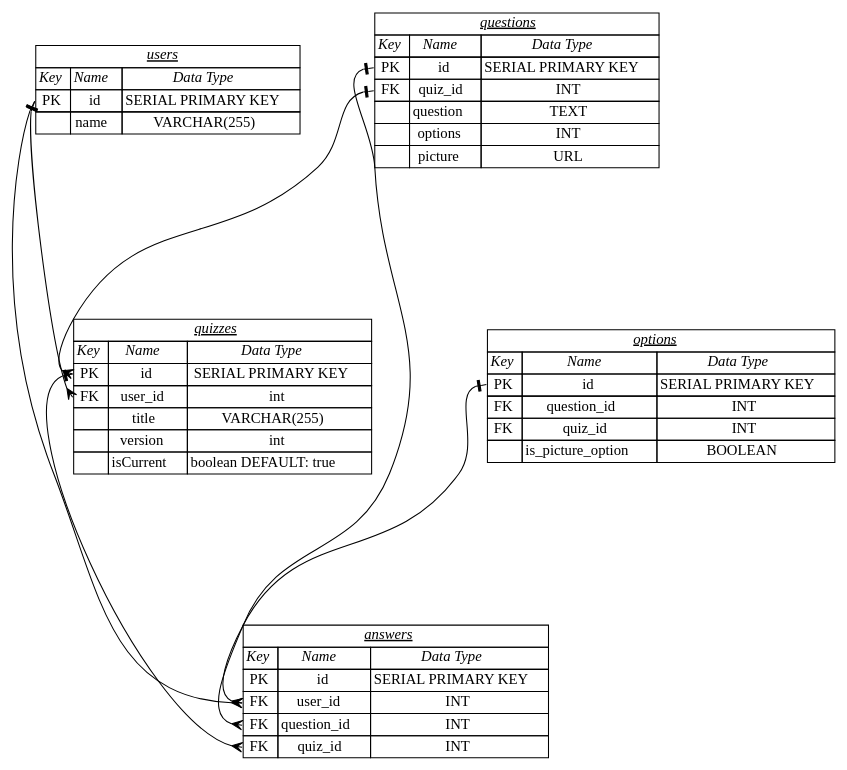
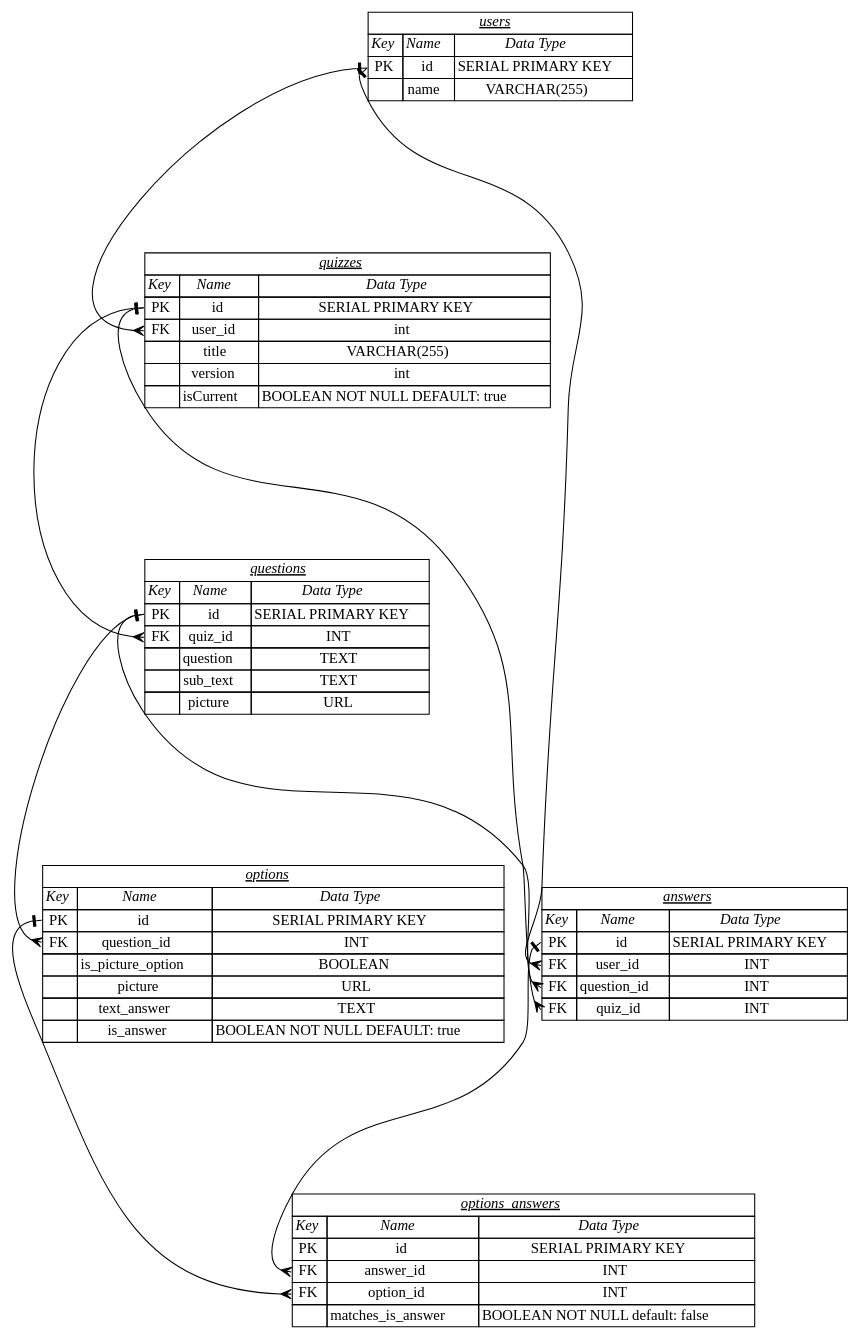
One commit to brycemcl/LHL-midterm-quiz-app changed the diagram in Design/API/ERD.gv. Above: the diagram before and after it, drawn with Graphviz.

Commit message:
Tables and general flow completed

```diff
--- a/Design/API/ERD.gv
+++ b/Design/API/ERD.gv
@@ -1,79 +1,93 @@
 digraph {
     graph [nodesep="0.5", ranksep="2"];
     node [shape=plain]
-// answers [label=<
-// <table border="0" cellborder="1" cellspacing="0">
-//   <tr><td colspan="3"><u><i>tests</i></u></td></tr>
-//   <tr><td><i>Key</i></td><td><i>Name</i></td><td><i>Data Type</i></td></tr>
-//   <tr><td port="id">PK</td><td port="id">id</td><td port="id">SERIAL PRIMARY KEY</td></tr>
-//   <tr><td port="users_id">FK</td><td port="users_id">users_id</td><td port="users_id">SERIAL PRIMARY KEY</td></tr>
-// </table>
-// >];
+
 users [label=<
 <table border="0" cellborder="1" cellspacing="0">
   <tr><td colspan="3"><u><i>users</i></u></td></tr>
   <tr><td><i>Key</i></td><td><i>Name</i></td><td><i>Data Type</i></td></tr>
   <tr><td port="id">PK</td><td port="id">id</td><td port="id">SERIAL PRIMARY KEY</td></tr>
   <tr><td port="name"></td><td port="name">name</td><td port="name">VARCHAR(255)</td></tr>
 </table>
 >];
 
+//one user may have many quizzes taken/maken
+users:id->quizzes:user_id [arrowtail=nonetee arrowhead=crow dir=both]
+quizzes [label=<
+<table border="0" cellborder="1" cellspacing="0">
+  <tr><td colspan="3"><u><i>quizzes</i></u></td></tr>
+  <tr><td><i>Key</i></td><td><i>Name</i></td><td><i>Data Type</i></td></tr>
+  <tr><td port="id">PK</td><td port="id">id</td><td port="id">SERIAL PRIMARY KEY</td></tr>
+  <tr><td port="user_id">FK</td><td port="user_id">user_id</td><td port="user_id">int</td></tr>
+  <tr><td port="title"></td><td port="title">title</td><td port="title">VARCHAR(255)</td></tr>
+  <tr><td port="version"></td><td port="version">version</td><td port="version">int</td></tr>
+  <tr><td port="isCurrent"></td><td port="isCurrent">isCurrent</td><td port="isCurrent">BOOLEAN NOT NULL DEFAULT: true</td></tr>
+</table>
+>];
+
+//one quiz may have many questions
+quizzes:id->questions:quiz_id [arrowtail=nonetee arrowhead=crow dir=both]
+questions [label=<
+<table border="0" cellborder="1" cellspacing="0">
+  <tr><td colspan="3"><u><i>questions</i></u></td></tr>
+  <tr><td><i>Key</i></td><td><i>Name</i></td><td><i>Data Type</i></td></tr>
+  <tr><td port="id">PK</td><td port="id">id</td><td port="id">SERIAL PRIMARY KEY</td></tr>
+  <tr><td port="quiz_id">FK</td><td port="quiz_id">quiz_id</td><td port="quiz_id">INT</td></tr>
+  <tr><td port="question"></td><td port="question">question</td><td port="question">TEXT</td></tr>
+  //optional sub text ex. please select all answer that fit best, likely small type html
+  <tr><td port="sub_text"></td><td port="sub_text">sub_text</td><td port="sub_text">TEXT</td></tr>
+  //optional picture that goes with question
+  <tr><td port="picture"></td><td port="picture">picture</td><td port="picture">URL</td></tr>
+</table>
+>];
+
+//one question may have many options
+questions:id->options:question_id[arrowtail=nonetee arrowhead=crow dir=both]
+options [label=<
+<table border="0" cellborder="1" cellspacing="0">
+  <tr><td colspan="3"><u><i>options</i></u></td></tr>
+  <tr><td><i>Key</i></td><td><i>Name</i></td><td><i>Data Type</i></td></tr>
+  <tr><td port="id">PK</td><td port="id">id</td><td port="id">SERIAL PRIMARY KEY</td></tr>
+  <tr><td port="question_id">FK</td><td port="question_id">question_id</td><td port="question_id">INT</td></tr>
+  <tr><td port="is_picture_option"></td><td port="is_picture_option">is_picture_option</td><td port="is_picture_option">BOOLEAN</td></tr>
+  //picture/text that pairs with specific option
+  //if is_picture_option ? picture can't be null : text can't be null...
+  <tr><td port="picture_answer"></td><td port="picture_answer">picture</td><td port="picture_answer">URL</td></tr>
+  <tr><td port="text_answer"></td><td port="text_answer">text_answer</td><td port="text_answer">TEXT</td></tr>
+  //sets option as the right answer
+  <tr><td port="is_answer"></td><td port="is_answer">is_answer</td><td port="is_answer">BOOLEAN NOT NULL DEFAULT: true</td></tr>
+</table>
+>];
+
+//user answers
 answers [label=<
 <table border="0" cellborder="1" cellspacing="0">
   <tr><td colspan="3"><u><i>answers</i></u></td></tr>
   <tr><td><i>Key</i></td><td><i>Name</i></td><td><i>Data Type</i></td></tr>
   <tr><td port="id">PK</td><td port="id">id</td><td port="id">SERIAL PRIMARY KEY</td></tr>
   <tr><td port="user_id">FK</td><td port="user_id">user_id</td><td port="user_id">INT</td></tr>
   <tr><td port="question_id">FK</td><td port="question_id">question_id</td><td port="question_id">INT</td></tr>
   <tr><td port="quiz_id">FK</td><td port="quiz_id">quiz_id</td><td port="quiz_id">INT</td></tr>
 </table>
 >];
 
-questions [label=<
+//link many answers to many options (many to many)
+answers:id->options_answers:answer_id [arrowtail=nonetee arrowhead=crow dir=both]
+options:id->options_answers:option_id [arrowtail=nonetee arrowhead=crow dir=both]
+options_answers [label=<
 <table border="0" cellborder="1" cellspacing="0">
-  <tr><td colspan="3"><u><i>questions</i></u></td></tr>
+  <tr><td colspan="3"><u><i>options_answers</i></u></td></tr>
   <tr><td><i>Key</i></td><td><i>Name</i></td><td><i>Data Type</i></td></tr>
   <tr><td port="id">PK</td><td port="id">id</td><td port="id">SERIAL PRIMARY KEY</td></tr>
-  <tr><td port="quiz_id">FK</td><td port="quiz_id">quiz_id</td><td port="quiz_id">INT</td></tr>
-  <tr><td port="question"></td><td port="question">question</td><td port="question">TEXT</td></tr>
-  <tr><td port="options"></td><td port="options">options</td><td port="options">INT</td></tr>
-  <tr><td port="picture"></td><td port="picture">picture</td><td port="picture">URL</td></tr>
+ //options_answers brings answer_id user's answer together with option_id so they can be compared
+  <tr><td port="answer_id">FK</td><td port="answer_id">answer_id</td><td port="answer_id">INT</td></tr>
+  <tr><td port="option_id">FK</td><td port="option_id">option_id</td><td port="option_id">INT</td></tr>
+  //count of this bool determine score
+  <tr><td port="matches_is_answer"></td><td port="matches_is_answer">matches_is_answer</td><td port="matches_is_answer">BOOLEAN NOT NULL default: false</td></tr>
 </table>
 >];
 
-quizzes [label=<
-<table border="0" cellborder="1" cellspacing="0">
-  <tr><td colspan="3"><u><i>quizzes</i></u></td></tr>
-  <tr><td><i>Key</i></td><td><i>Name</i></td><td><i>Data Type</i></td></tr>
-  <tr><td port="id">PK</td><td port="id">id</td><td port="id">SERIAL PRIMARY KEY</td></tr>
-  <tr><td port="user_id">FK</td><td port="user_id">user_id</td><td port="user_id">int</td></tr>
-  <tr><td port="title"></td><td port="title">title</td><td port="title">VARCHAR(255)</td></tr>
-  <tr><td port="version"></td><td port="version">version</td><td port="version">int</td></tr>
-  <tr><td port="isCurrent"></td><td port="isCurrent">isCurrent</td><td port="isCurrent">boolean DEFAULT: true</td></tr>
-</table>
->];
-
-options [label=<
-<table border="0" cellborder="1" cellspacing="0">
-  <tr><td colspan="3"><u><i>options</i></u></td></tr>
-  <tr><td><i>Key</i></td><td><i>Name</i></td><td><i>Data Type</i></td></tr>
-  <tr><td port="id">PK</td><td port="id">id</td><td port="id">SERIAL PRIMARY KEY</td></tr>
-  <tr><td port="question_id">FK</td><td port="question_id">question_id</td><td port="question_id">INT</td></tr>
-  <tr><td port="quiz_id">FK</td><td port="quiz_id">quiz_id</td><td port="quiz_id">INT</td></tr>
-  <tr><td port="is_picture_option"></td><td port="is_picture_option">is_picture_option</td><td port="is_picture_option">BOOLEAN</td></tr>
-  
-</table>
->];
-
-users:id->quizzes:user_id [arrowtail=nonetee arrowhead=crow dir=both]
-questions:quiz_id->quizzes:id [arrowtail=nonetee arrowhead=crow dir=both]
 quizzes:id->answers:quiz_id [arrowtail=nonetee arrowhead=crow dir=both]
 questions:id->answers:question_id [arrowtail=nonetee arrowhead=crow dir=both]
 users:id->answers:user_id [arrowtail=nonetee arrowhead=crow dir=both]
-options:id->answers:user_id [arrowtail=nonetee arrowhead=crow dir=both]
-// quizzes:id->answers: quiz_id [arrowtail=nonetee arrowhead=crow dir=both]
-// users:id->tests:users_id [arrowtail=nonetee arrowhead=crow dir=both]
-
-//tests:id->tests:users_id [arrowtail=nonetee arrowhead=crow dir=both]
-
 }
```
